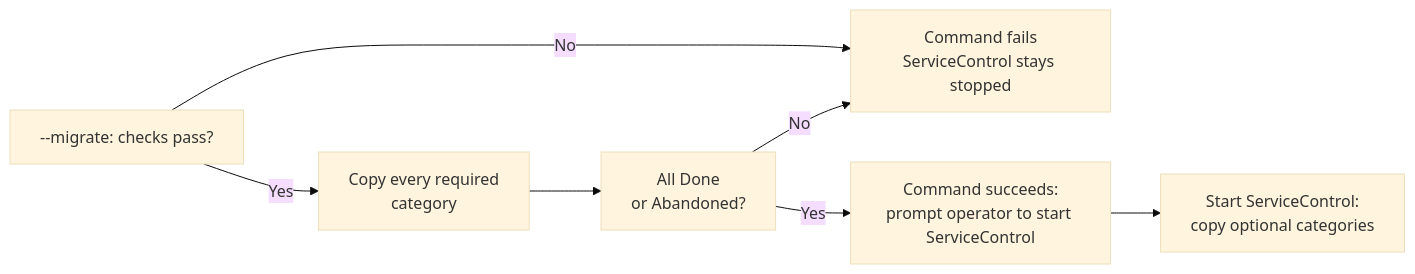
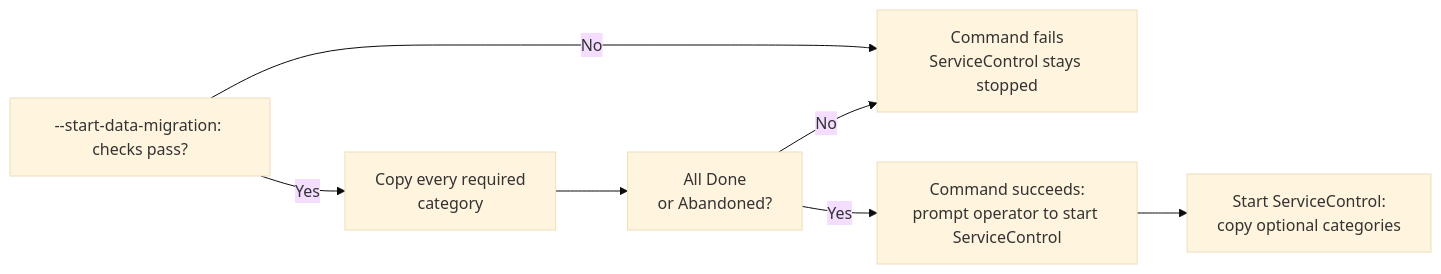
Before and after one commit to Particular/ServiceControl: the fourth of 5 diagrams in docs/migration/ravendb-to-sql-migration-overview.md, drawn with Mermaid (base theme). The commit also changed other lines of this file and 15 other files, not shown here.

Commit message:
Update migration commands from --migrate to --start-data-migration across documentation and codebase

````diff
--- a/docs/migration/ravendb-to-sql-migration-overview.md
+++ b/docs/migration/ravendb-to-sql-migration-overview.md
@@ -270,9 +270,9 @@
 ```mermaid
 flowchart LR
-    A["--migrate: checks pass?"] -->|No| X["Command fails<br/>ServiceControl stays stopped"]
+    A["--start-data-migration: checks pass?"] -->|No| X["Command fails<br/>ServiceControl stays stopped"]
     A -->|Yes| B["Copy every required<br/>category"]
     B --> C["All Done<br/>or Abandoned?"]
     C -->|No| X
     C -->|Yes| D["Command succeeds:<br/>prompt operator to start ServiceControl"]
     D --> E["Start ServiceControl:<br/>copy optional categories"]
 ```
````
